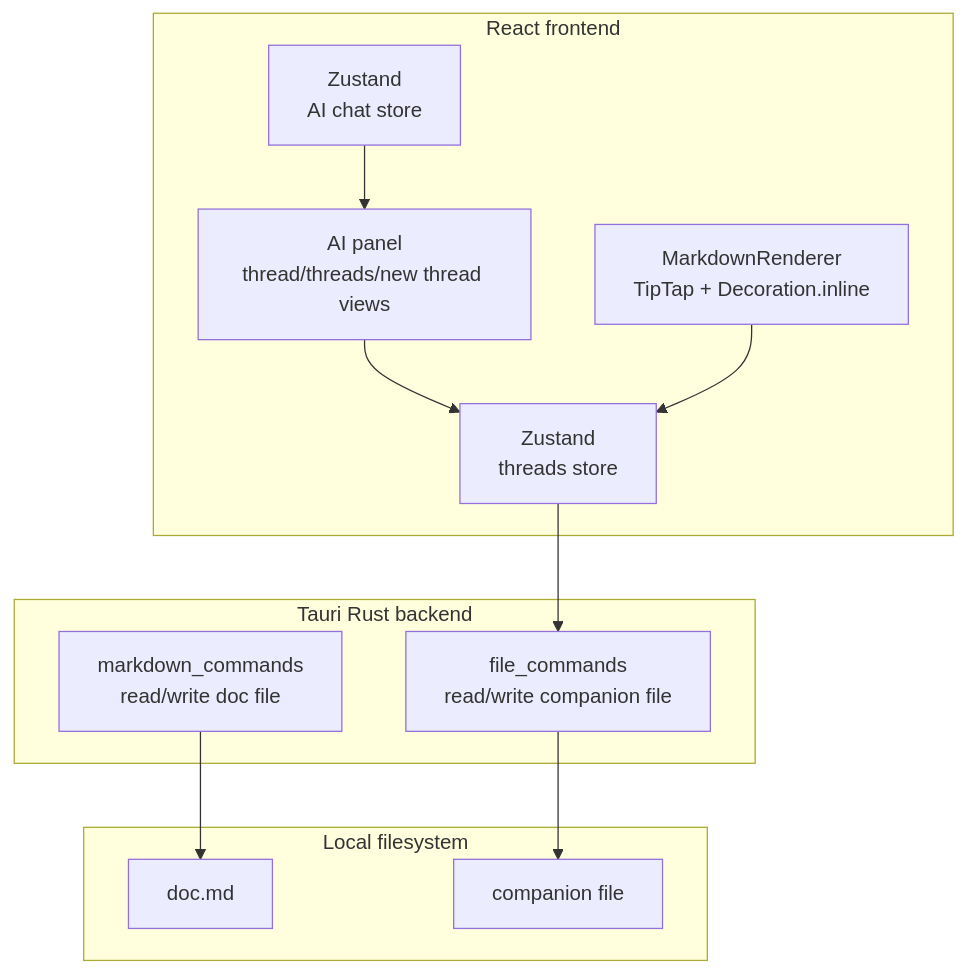
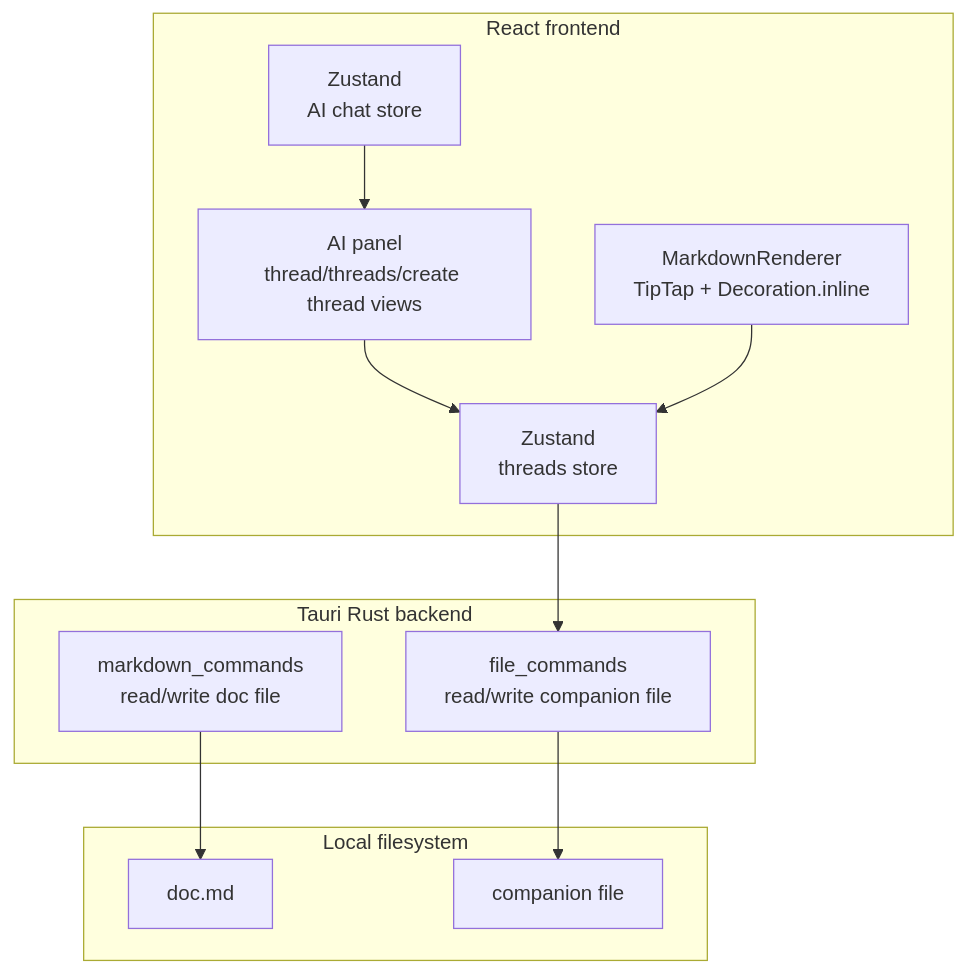
One commit to markdstafford/episteme changed the second of 3 diagrams in .eng-docs/specs/backlog/feature-comments.md. Above: the diagram before and after it, drawn with Mermaid. The commit also changed other lines of this file, not shown here.

Commit message:
docs: rename new thread view → create thread view throughout

````diff
--- a/.eng-docs/specs/backlog/feature-comments.md
+++ b/.eng-docs/specs/backlog/feature-comments.md
@@ -496,26 +496,26 @@
 ```mermaid
 graph TD
     subgraph React frontend
-        AP[AI panel\nthread/threads/new thread views]
+        AP[AI panel\nthread/threads/create thread views]
         MR[MarkdownRenderer\nTipTap + Decoration.inline]
         ZS[Zustand\nthreads store]
         ACS[Zustand\nAI chat store]
     end
 
     subgraph Tauri Rust backend
         FC[file_commands\nread/write companion file]
         MC[markdown_commands\nread/write doc file]
     end
 
     subgraph Local filesystem
         MD[doc.md]
         CF[companion file]
     end
 
     AP --> ZS
     MR --> ZS
     ZS --> FC
     FC --> CF
     MC --> MD
     ACS --> AP
 ```
````
